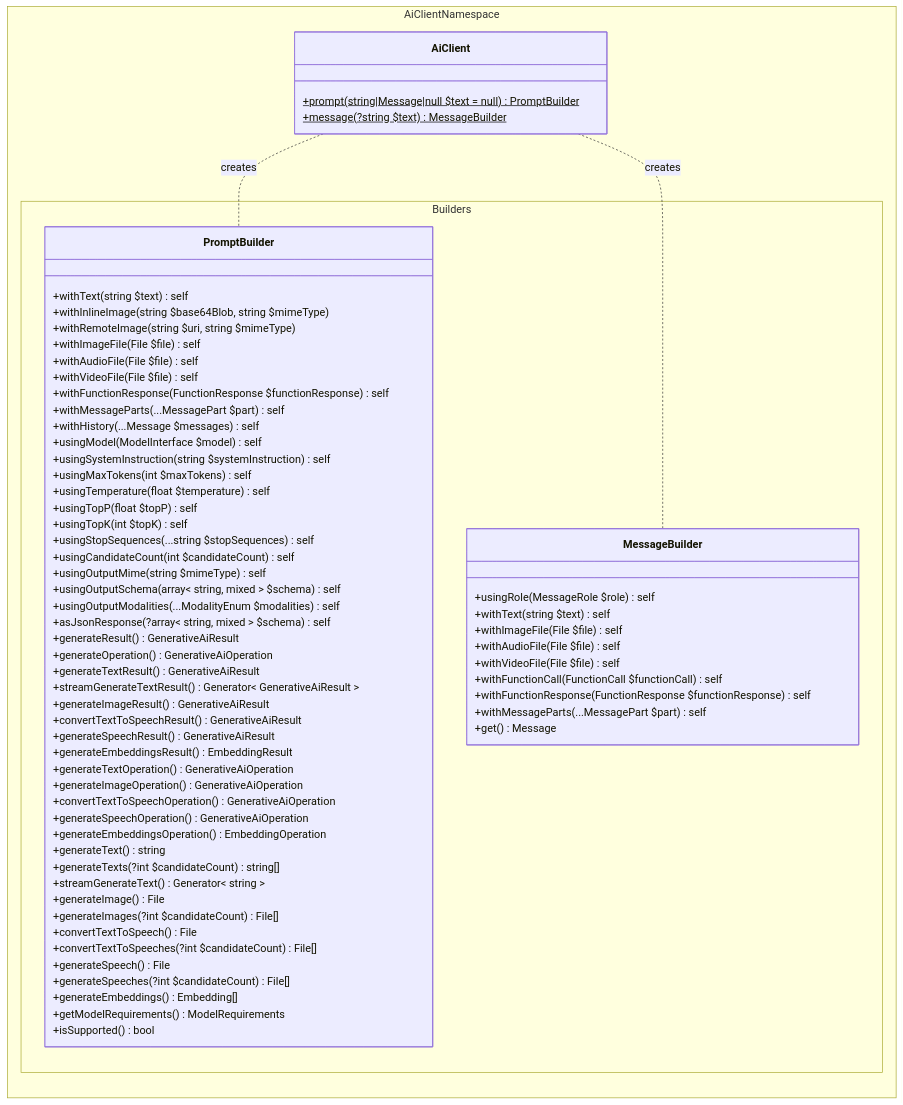
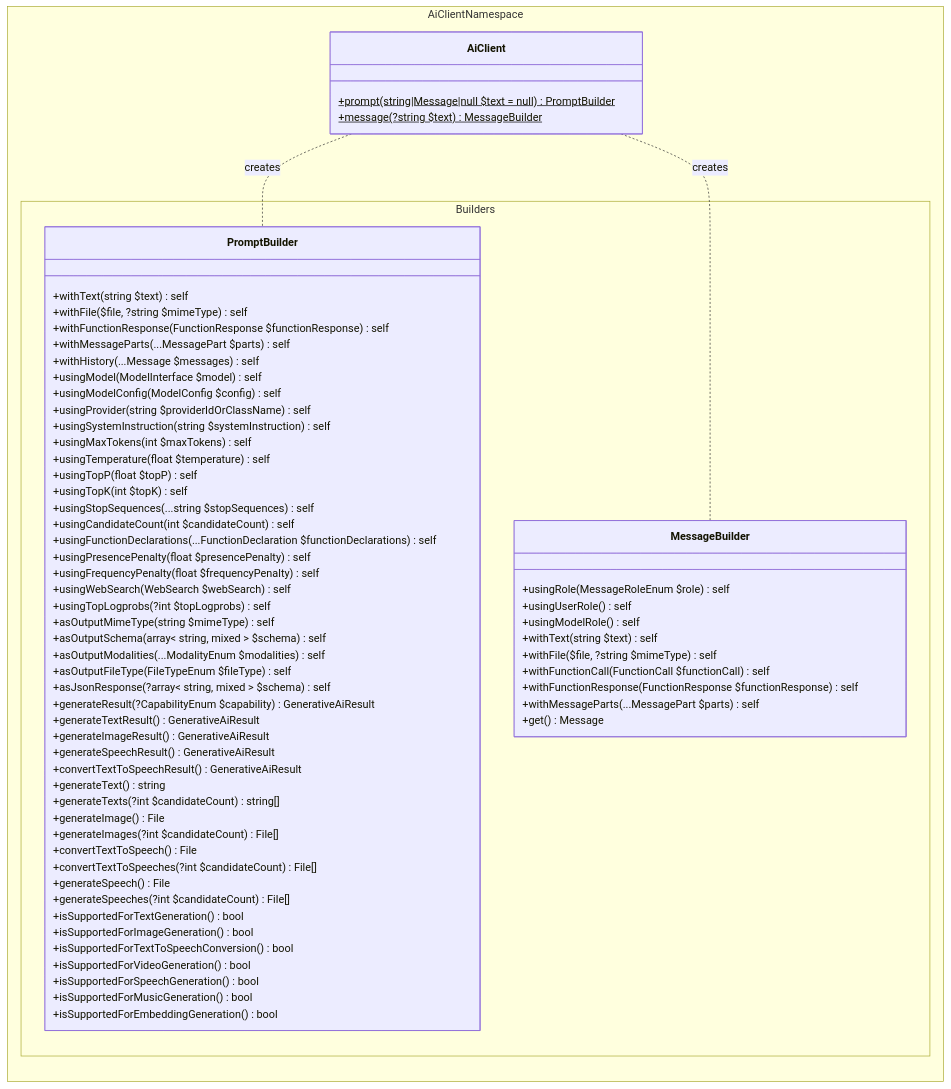
Before and after one commit to Ref34t/php-ai-client: the first of 6 diagrams in docs/ARCHITECTURE.md, drawn with Mermaid. The commit also changed other lines of this file, not shown here.

Commit message:
chore: updates PromptBuilder architecture methods

````diff
--- a/docs/ARCHITECTURE.md
+++ b/docs/ARCHITECTURE.md
@@ -288,81 +288,80 @@
 ```mermaid
 ---
 config:
   class:
     hideEmptyMembersBox: true
 ---
 classDiagram
 direction LR
     namespace AiClientNamespace {
         class AiClient {
             +prompt(string|Message|null $text = null) PromptBuilder$
             +message(?string $text) MessageBuilder$
         }
     }
 
     namespace AiClientNamespace.Builders {
         class PromptBuilder {
             +withText(string $text) self
-            +withInlineImage(string $base64Blob, string $mimeType)
-            +withRemoteImage(string $uri, string $mimeType)
-            +withImageFile(File $file) self
-            +withAudioFile(File $file) self
-            +withVideoFile(File $file) self
+            +withFile($file, ?string $mimeType) self
             +withFunctionResponse(FunctionResponse $functionResponse) self
-            +withMessageParts(...MessagePart $part) self
+            +withMessageParts(...MessagePart $parts) self
             +withHistory(...Message $messages) self
             +usingModel(ModelInterface $model) self
+            +usingModelConfig(ModelConfig $config) self
+            +usingProvider(string $providerIdOrClassName) self
             +usingSystemInstruction(string $systemInstruction) self
             +usingMaxTokens(int $maxTokens) self
             +usingTemperature(float $temperature) self
             +usingTopP(float $topP) self
             +usingTopK(int $topK) self
             +usingStopSequences(...string $stopSequences) self
             +usingCandidateCount(int $candidateCount) self
-            +usingOutputMime(string $mimeType) self
-            +usingOutputSchema(array< string, mixed > $schema) self
-            +usingOutputModalities(...ModalityEnum $modalities) self
+            +usingFunctionDeclarations(...FunctionDeclaration $functionDeclarations) self
+            +usingPresencePenalty(float $presencePenalty) self
+            +usingFrequencyPenalty(float $frequencyPenalty) self
+            +usingWebSearch(WebSearch $webSearch) self
+            +usingTopLogprobs(?int $topLogprobs) self
+            +asOutputMimeType(string $mimeType) self
+            +asOutputSchema(array< string, mixed > $schema) self
+            +asOutputModalities(...ModalityEnum $modalities) self
+            +asOutputFileType(FileTypeEnum $fileType) self
             +asJsonResponse(?array< string, mixed > $schema) self
-            +generateResult() GenerativeAiResult
-            +generateOperation() GenerativeAiOperation
+            +generateResult(?CapabilityEnum $capability) GenerativeAiResult
             +generateTextResult() GenerativeAiResult
-            +streamGenerateTextResult() Generator< GenerativeAiResult >
             +generateImageResult() GenerativeAiResult
+            +generateSpeechResult() GenerativeAiResult
             +convertTextToSpeechResult() GenerativeAiResult
-            +generateSpeechResult() GenerativeAiResult
-            +generateEmbeddingsResult() EmbeddingResult
-            +generateTextOperation() GenerativeAiOperation
-            +generateImageOperation() GenerativeAiOperation
-            +convertTextToSpeechOperation() GenerativeAiOperation
-            +generateSpeechOperation() GenerativeAiOperation
-            +generateEmbeddingsOperation() EmbeddingOperation
             +generateText() string
             +generateTexts(?int $candidateCount) string[]
-            +streamGenerateText() Generator< string >
             +generateImage() File
             +generateImages(?int $candidateCount) File[]
             +convertTextToSpeech() File
             +convertTextToSpeeches(?int $candidateCount) File[]
             +generateSpeech() File
             +generateSpeeches(?int $candidateCount) File[]
-            +generateEmbeddings() Embedding[]
-            +getModelRequirements() ModelRequirements
-            +isSupported() bool
+            +isSupportedForTextGeneration() bool
+            +isSupportedForImageGeneration() bool
+            +isSupportedForTextToSpeechConversion() bool
+            +isSupportedForVideoGeneration() bool
+            +isSupportedForSpeechGeneration() bool
+            +isSupportedForMusicGeneration() bool
+            +isSupportedForEmbeddingGeneration() bool
         }
 
         class MessageBuilder {
-            +usingRole(MessageRole $role) self
+            +usingRole(MessageRoleEnum $role) self
+            +usingUserRole() self
+            +usingModelRole() self
             +withText(string $text) self
-            +withImageFile(File $file) self
-            +withAudioFile(File $file) self
-            +withVideoFile(File $file) self
+            +withFile($file, ?string $mimeType) self
             +withFunctionCall(FunctionCall $functionCall) self
             +withFunctionResponse(FunctionResponse $functionResponse) self
-            +withMessageParts(...MessagePart $part) self
+            +withMessageParts(...MessagePart $parts) self
             +get() Message
         }
     }
 
     AiClient .. PromptBuilder : creates
     AiClient .. MessageBuilder : creates
 ```
````
